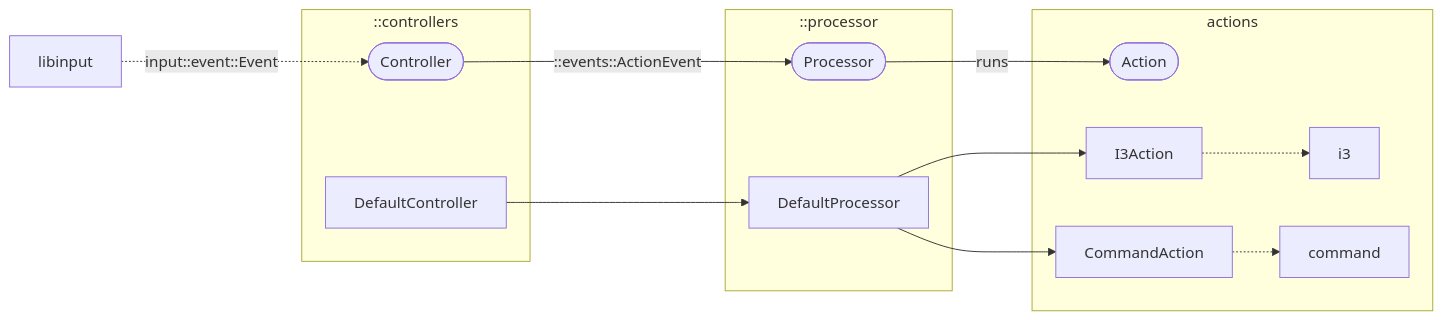
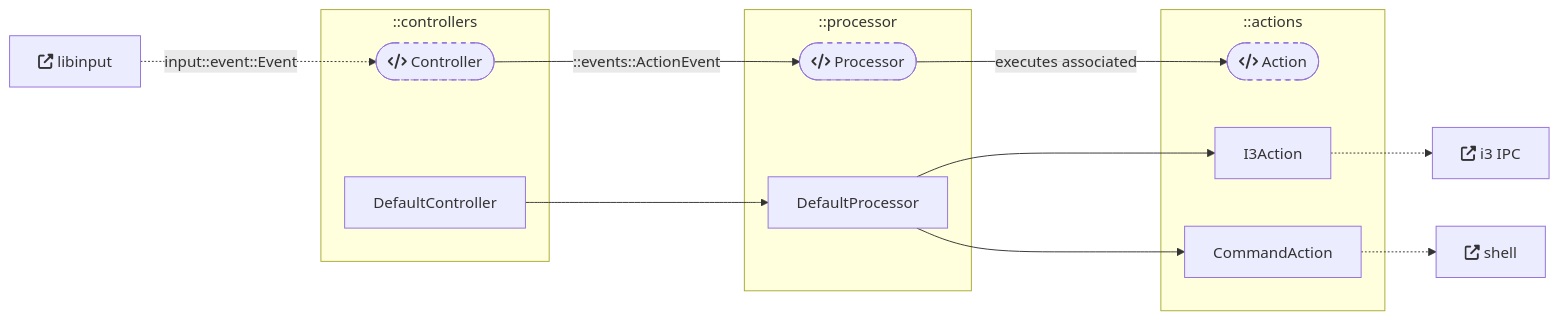
Before and after one commit to diego-plan9/lillinput: the first of 2 diagrams in crates/lillinput/README.md, drawn with Mermaid. The commit also changed other lines of this file and 4 other files, not shown here.

````diff
--- a/crates/lillinput/README.md
+++ b/crates/lillinput/README.md
@@ -10,28 +36,37 @@
 ```mermaid
 flowchart LR
-    libinput
+    libinput[fa:fa-external-link-alt libinput]
 
     subgraph ::controllers
-    Controller([Controller])
+    Controller([fa:fa-code Controller])
     DefaultController
     end
 
     subgraph ::processor
-    Processor([Processor])
+    Processor([fa:fa-code Processor])
     DefaultProcessor
     end
 
-    subgraph actions
-    Action([Action])
-    I3Action -.-> i3
-    CommandAction -.-> command
+    subgraph ::actions
+    Action([fa:fa-code Action])
+    I3Action
+    CommandAction
     end
+
+    i3[fa:fa-external-link-alt i3 IPC]
+    shell[fa:fa-external-link-alt shell]
 
     libinput -.-> |input::event::Event| Controller
     Controller --> |::events::ActionEvent | Processor
-    Processor --> |runs| Action
+    Processor --> |executes associated| Action
 
     DefaultController --> DefaultProcessor
     DefaultProcessor --> I3Action
     DefaultProcessor --> CommandAction
+
+    I3Action -.-> i3
+    CommandAction -.-> shell
+
+    classDef trait stroke-dasharray: 5 5;
+    class Controller,Processor,Action trait;
 ```
````
